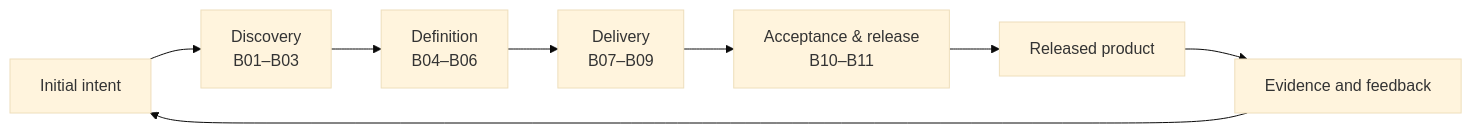
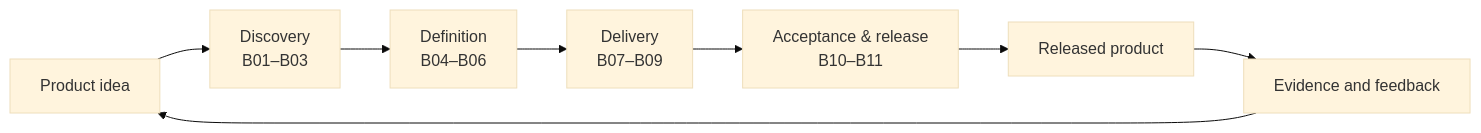
The second of 3 diagrams in README.md (sergekostenchuk/taskplan-pro-operation-map), drawn with Mermaid (base theme) before and after one commit. The commit also changed other lines of this file and 16 other files, not shown here.

````diff
--- a/README.md
+++ b/README.md
@@ -19,10 +41,10 @@
 ```mermaid
 flowchart LR
-    I["Initial intent"] --> D["Discovery<br/>B01–B03"]
+    I["Product idea"] --> D["Discovery<br/>B01–B03"]
     D --> F["Definition<br/>B04–B06"]
     F --> E["Delivery<br/>B07–B09"]
     E --> A["Acceptance & release<br/>B10–B11"]
     A --> P["Released product"]
     P --> L["Evidence and feedback"]
     L --> I
 ```
````
